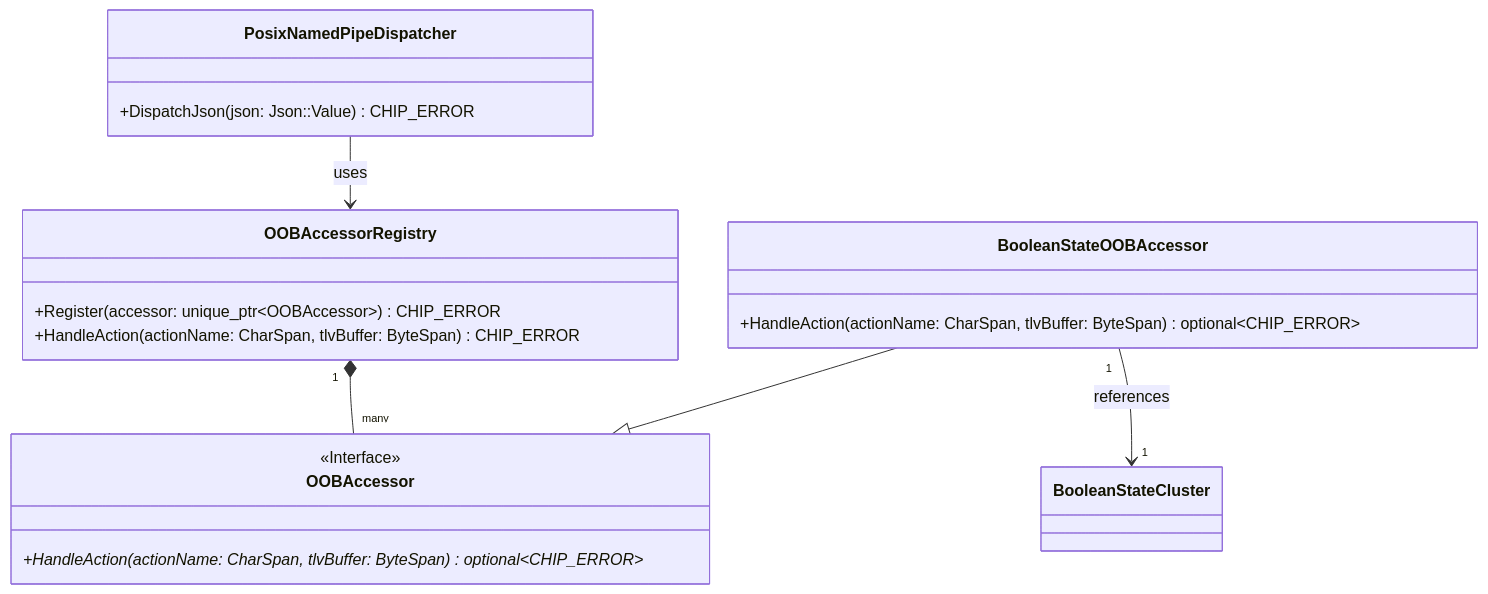
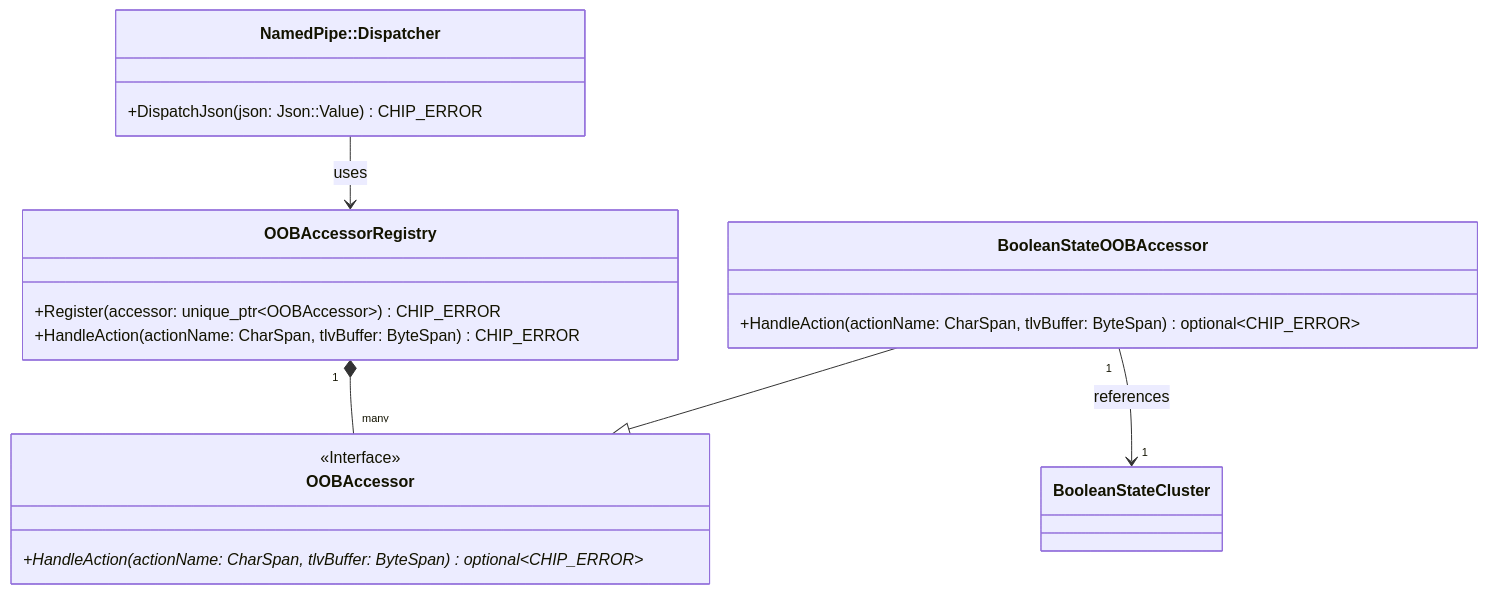
The diagram in examples/all-devices-app/all-devices-common/oob-accessors/README.md (project-chip/connectedhomeip), drawn with Mermaid before and after one commit. The commit also changed 45 other files, not shown here.

First line of the commit message:
all-devices-app: de-stutter and namespace named pipe dispatcher components

````diff
--- a/examples/all-devices-app/all-devices-common/oob-accessors/README.md
+++ b/examples/all-devices-app/all-devices-common/oob-accessors/README.md
@@ -18,25 +18,25 @@
 ```mermaid
 classDiagram
     class OOBAccessorRegistry {
         +Register(accessor: unique_ptr~OOBAccessor~) CHIP_ERROR
         +HandleAction(actionName: CharSpan, tlvBuffer: ByteSpan) CHIP_ERROR
     }
     class OOBAccessor {
         <<Interface>>
         +HandleAction(actionName: CharSpan, tlvBuffer: ByteSpan) optional~CHIP_ERROR~*
     }
     class BooleanStateOOBAccessor {
         +HandleAction(actionName: CharSpan, tlvBuffer: ByteSpan) optional~CHIP_ERROR~
     }
     class BooleanStateCluster {
     }
 
-    class PosixNamedPipeDispatcher {
+    class NamedPipeDispatcher["NamedPipe::Dispatcher"] {
         +DispatchJson(json: Json::Value) CHIP_ERROR
     }
 
     OOBAccessorRegistry "1" *-- "many" OOBAccessor
     BooleanStateOOBAccessor --|> OOBAccessor
     BooleanStateOOBAccessor "1" --> "1" BooleanStateCluster : references
-    PosixNamedPipeDispatcher --> OOBAccessorRegistry : uses
+    NamedPipeDispatcher --> OOBAccessorRegistry : uses
 ```
````
